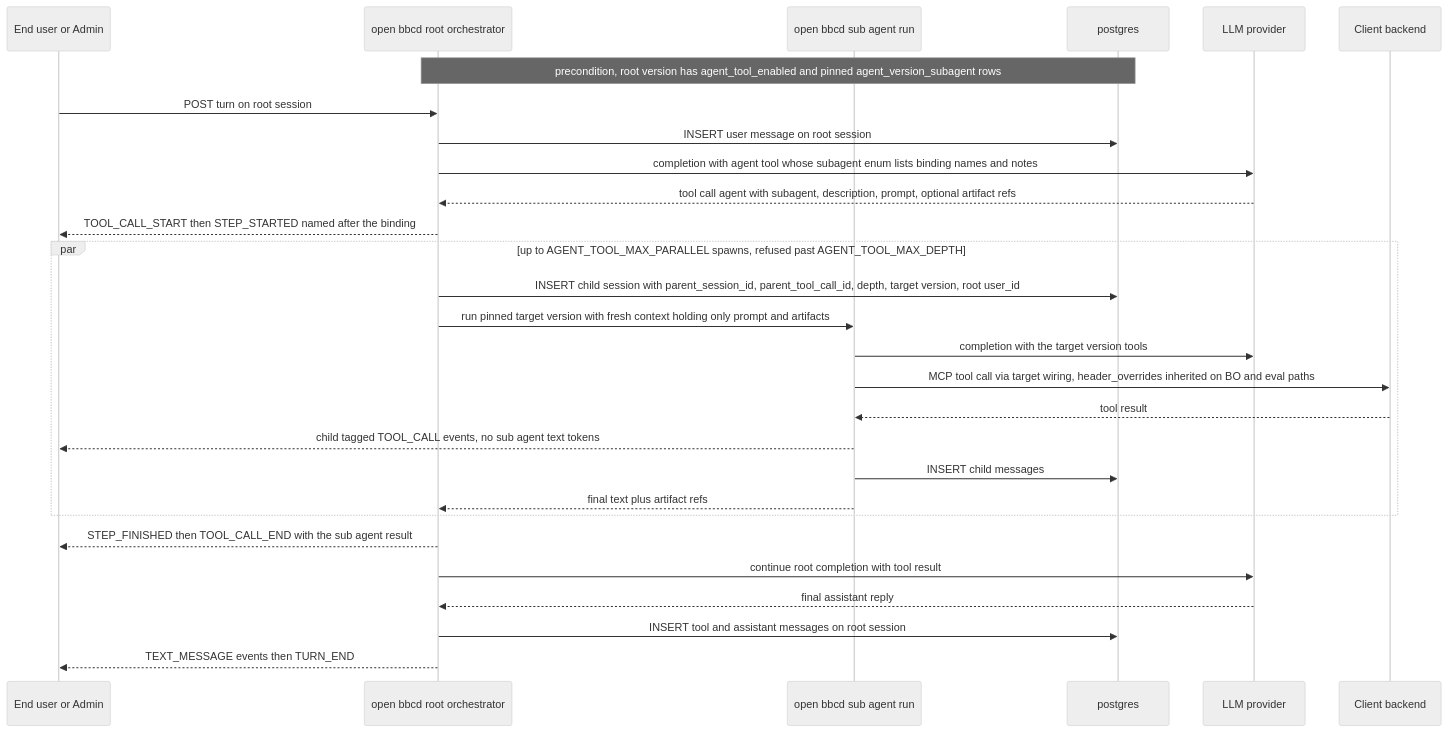
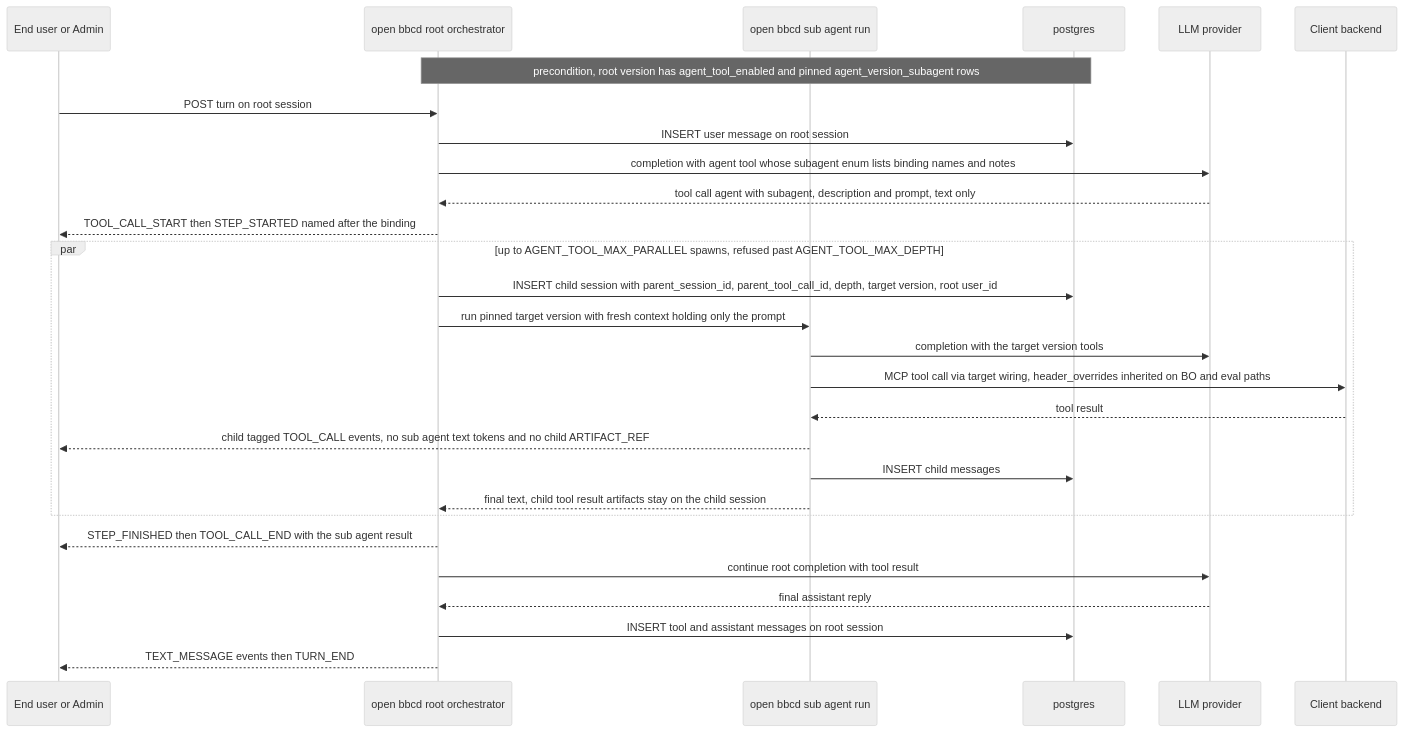
One commit to DACdigital/openbbc-docs changed the sixth of 7 diagrams in docs/architecture/current/c4/data-flows.md. Above: the diagram before and after it, drawn with Mermaid (neutral theme). The commit also changed other lines of this file and 21 other files, not shown here.

````diff
--- a/docs/architecture/current/c4/data-flows.md
+++ b/docs/architecture/current/c4/data-flows.md
@@ -163,31 +176,31 @@
 ```mermaid
 sequenceDiagram
     participant User as End user or Admin
     participant OBBCD as open bbcd root orchestrator
     participant SUB as open bbcd sub agent run
     participant DB as postgres
     participant LLM as LLM provider
     participant BE as Client backend
 
     Note over OBBCD, DB: precondition, root version has agent_tool_enabled and pinned agent_version_subagent rows
     User->>OBBCD: POST turn on root session
     OBBCD->>DB: INSERT user message on root session
     OBBCD->>LLM: completion with agent tool whose subagent enum lists binding names and notes
-    LLM-->>OBBCD: tool call agent with subagent, description, prompt, optional artifact refs
+    LLM-->>OBBCD: tool call agent with subagent, description and prompt, text only
     OBBCD-->>User: TOOL_CALL_START then STEP_STARTED named after the binding
     par up to AGENT_TOOL_MAX_PARALLEL spawns, refused past AGENT_TOOL_MAX_DEPTH
         OBBCD->>DB: INSERT child session with parent_session_id, parent_tool_call_id, depth, target version, root user_id
-        OBBCD->>SUB: run pinned target version with fresh context holding only prompt and artifacts
+        OBBCD->>SUB: run pinned target version with fresh context holding only the prompt
         SUB->>LLM: completion with the target version tools
         SUB->>BE: MCP tool call via target wiring, header_overrides inherited on BO and eval paths
         BE-->>SUB: tool result
-        SUB-->>User: child tagged TOOL_CALL events, no sub agent text tokens
+        SUB-->>User: child tagged TOOL_CALL events, no sub agent text tokens and no child ARTIFACT_REF
         SUB->>DB: INSERT child messages
-        SUB-->>OBBCD: final text plus artifact refs
+        SUB-->>OBBCD: final text, child tool result artifacts stay on the child session
     end
     OBBCD-->>User: STEP_FINISHED then TOOL_CALL_END with the sub agent result
     OBBCD->>LLM: continue root completion with tool result
     LLM-->>OBBCD: final assistant reply
     OBBCD->>DB: INSERT tool and assistant messages on root session
     OBBCD-->>User: TEXT_MESSAGE events then TURN_END
 ```
````
